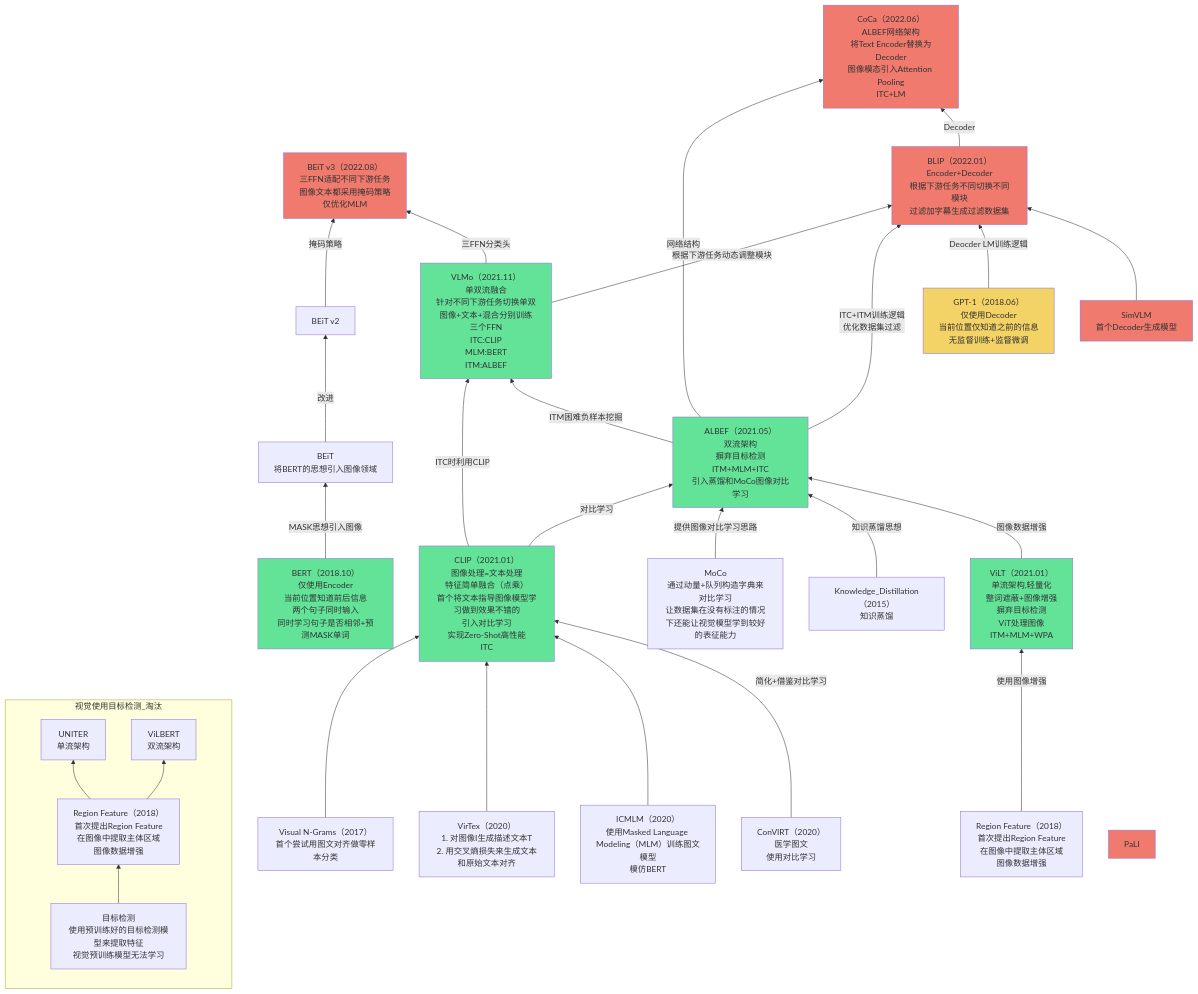
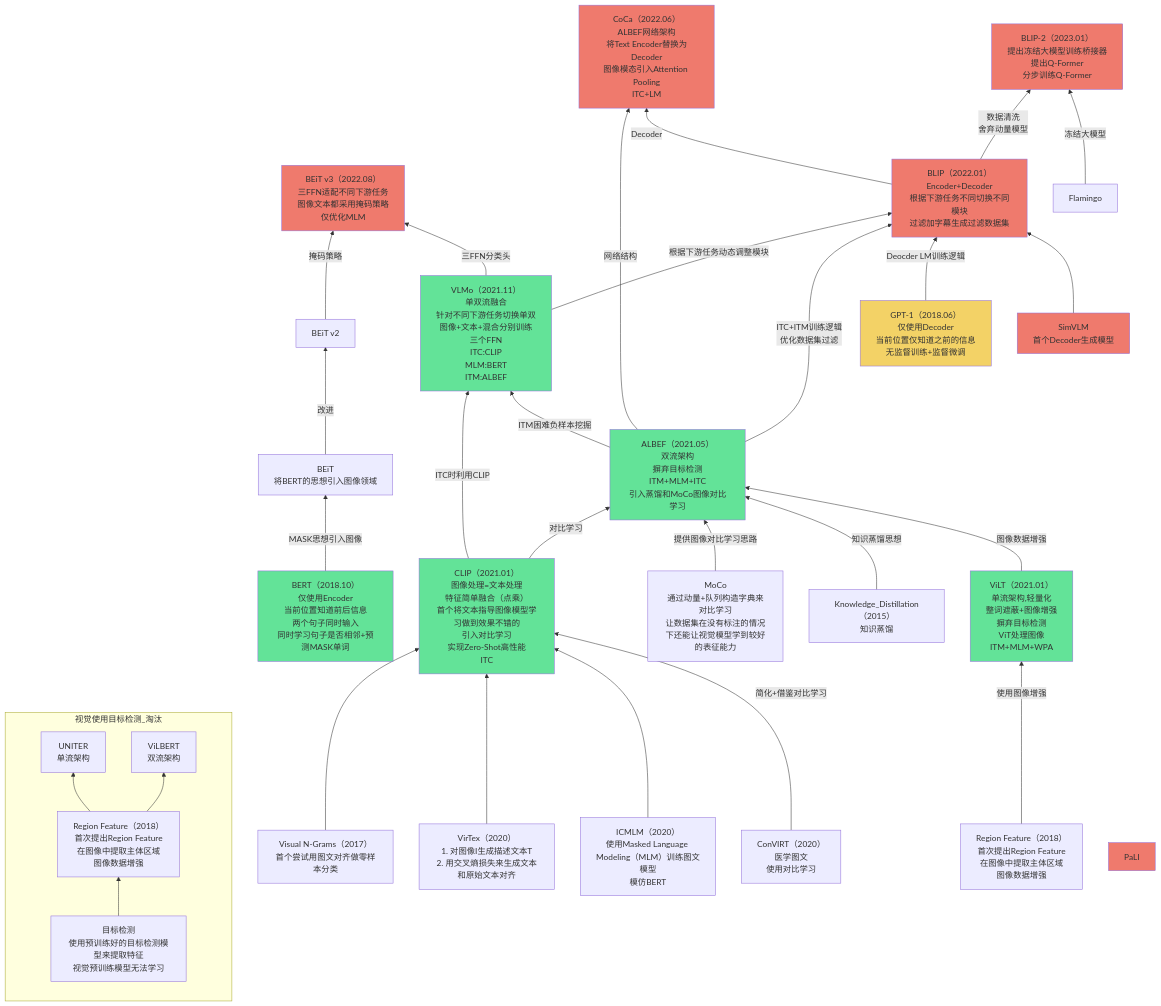
The fourth of 6 diagrams in Base_Model/VLM+VLLM/analyse.md (Elephant-King9/Paper), drawn with Mermaid before and after one commit. The commit also changed other lines of this file and 5 other files, not shown here.

````diff
--- a/Base_Model/VLM+VLLM/analyse.md
+++ b/Base_Model/VLM+VLLM/analyse.md
@@ -83,68 +103,73 @@
 ```mermaid
 flowchart BT
 	subgraph 视觉使用目标检测_淘汰
 		direction BT
 		目标检测-->Region_Feature_1
     Region_Feature_1-->UNITER
     Region_Feature_1-->ViLBERT
 	end
 	Region_Feature-->|使用图像增强|ViLT
 	Visual_N-Grams-->CLIP
 	VirTex-->CLIP
 	ICMLM-->CLIP
 	ConVIRT-->|简化+借鉴对比学习|CLIP
 	CLIP-->|ITC时利用CLIP|VLMo
 	CLIP-->|对比学习|ALBEF
 	MoCo-->|提供图像对比学习思路|ALBEF
 	Knowledge_Distillation-->|知识蒸馏思想|ALBEF
 	ViLT-->|图像数据增强|ALBEF
 	ALBEF-->|ITM困难负样本挖掘|VLMo
 	BEiT_v2-->|掩码策略|BEiT_v3
 	VLMo-->|三FFN分类头|BEiT_v3
 	VLMo-->|根据下游任务动态调整模块|BLIP
 	ALBEF-->|ITC+ITM训练逻辑<br>优化数据集过滤|BLIP
 	GPT-1-->|Deocder LM训练逻辑|BLIP
 	SimVLM-->BLIP
 	ALBEF-->|网络结构|CoCa
 	BLIP-->|Decoder|CoCa
+	BLIP-->|数据清洗<br>舍弃动量模型|BLIP-2
+	Flamingo-->|冻结大模型|BLIP-2
 	BERT-->|MASK思想引入图像|BEiT
 	BEiT-->|改进|BEiT_v2
 	
 	
 
 	目标检测[目标检测<br>使用预训练好的目标检测模型来提取特征<br>视觉预训练模型无法学习]
 	ViLT[ViLT（2021.01）<br>单流架构,轻量化<br>整词遮蔽+图像增强<br>摒弃目标检测<br>ViT处理图像<br>ITM+MLM+WPA]
 		style ViLT fill:#63E398
 	CLIP[CLIP（2021.01）<br>图像处理=文本处理<br>特征简单融合（点乘）<br>首个将文本指导图像模型学习做到效果不错的<br>引入对比学习<br>实现Zero-Shot高性能<br>ITC]
 		style CLIP fill:#63E398
 	ALBEF[ALBEF（2021.05）<br>双流架构<br>摒弃目标检测<br>ITM+MLM+ITC<br>引入蒸馏和MoCo图像对比学习]
 		style ALBEF fill:#63E398
 	VLMo[VLMo（2021.11）<br>单双流融合<br>针对不同下游任务切换单双<br>图像+文本+混合分别训练<br>三个FFN<br>ITC:CLIP<br>MLM:BERT<br>ITM:ALBEF]
 		style VLMo fill:#63E398
 	BLIP[BLIP（2022.01）<br>Encoder+Decoder<br>根据下游任务不同切换不同模块<br>过滤加字幕生成过滤数据集]
 		style BLIP fill:#EF7A6D
 	CoCa[CoCa（2022.06）<br>ALBEF网络架构<br>将Text Encoder替换为Decoder<br>图像模态引入Attention Pooling<br>ITC+LM]
 		style CoCa fill:#EF7A6D
 	BEiT_v3[BEiT v3（2022.08）<br>三FFN适配不同下游任务<br>图像文本都采用掩码策略<br>仅优化MLM]
 		style BEiT_v3 fill:#EF7A6D
 	PaLI[PaLI]
 		style PaLI fill:#EF7A6D
 	VirTex[VirTex（2020）<br>1. 对图像I生成描述文本T<br>2. 用交叉熵损失来生成文本和原始文本对齐]
 	ICMLM[ICMLM（2020）<br>使用Masked Language Modeling（MLM）训练图文模型<br>模仿BERT]
 	ConVIRT[ConVIRT（2020）<br>医学图文<br>使用对比学习]
 	Visual_N-Grams[Visual N-Grams（2017）<br>首个尝试用图文对齐做零样本分类]
 	Region_Feature[Region Feature（2018）<br>首次提出Region Feature<br>在图像中提取主体区域<br>图像数据增强]
 	Region_Feature_1[Region Feature（2018）<br>首次提出Region Feature<br>在图像中提取主体区域<br>图像数据增强]
 	UNITER[UNITER<br>单流架构]
 	ViLBERT[ViLBERT<br>双流架构]
 	MoCo[MoCo<br>通过动量+队列构造字典来对比学习<br>让数据集在没有标注的情况下还能让视觉模型学到较好的表征能力]
 	Knowledge_Distillation[Knowledge_Distillation（2015）<br>知识蒸馏]
 	GPT-1[GPT-1（2018.06）<br>仅使用Decoder<br>当前位置仅知道之前的信息<br>无监督训练+监督微调]
 		style GPT-1 fill:#F3D266
 	SimVLM[SimVLM<br>首个Decoder生成模型]
 		style SimVLM fill:#EF7A6D
 	BEiT[BEiT<br>将BERT的思想引入图像领域]
 	BEiT_v2[BEiT v2]
 	BERT[BERT（2018.10）<br>仅使用Encoder<br>当前位置知道前后信息<br>两个句子同时输入<br>同时学习句子是否相邻+预测MASK单词]
 		style BERT fill:#63E398
+	BLIP-2[BLIP-2（2023.01）<br>提出冻结大模型训练桥接器<br>提出Q-Former<br>分步训练Q-Former]
+		style BLIP-2 fill:#EF7A6D
+	Flamingo[Flamingo]
 ```
````
